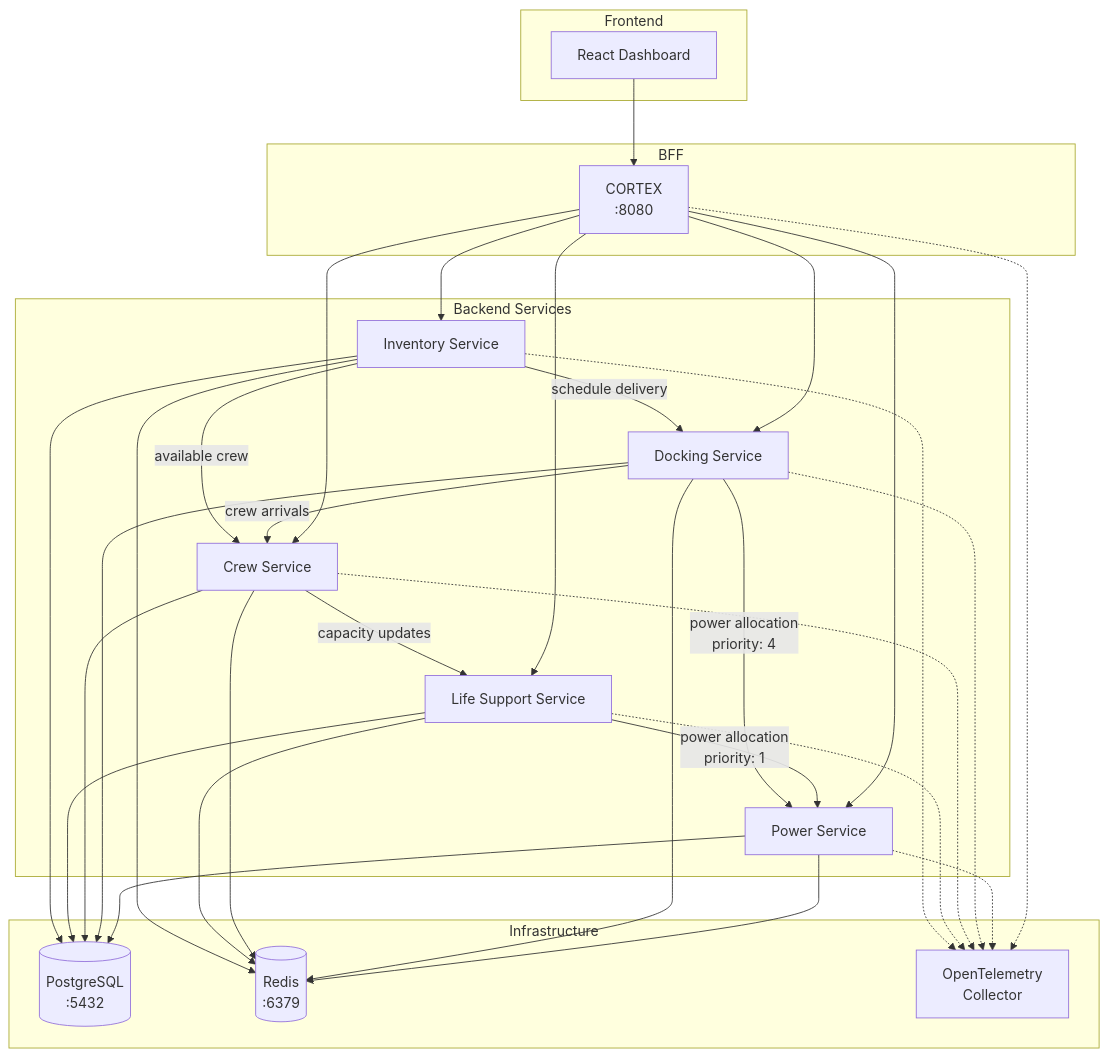
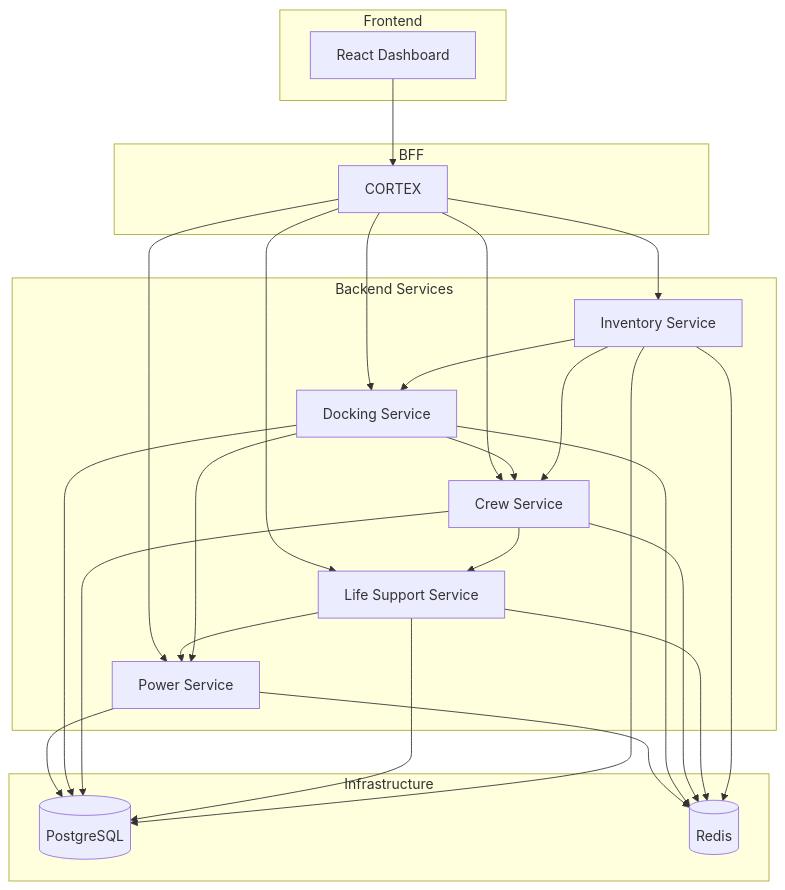
The diagram in README.md (MaxAnderson95/nexus), drawn with Mermaid before and after one commit.

Commit message:
update diagram

````diff
--- a/README.md
+++ b/README.md
@@ -36,58 +36,41 @@
 ```mermaid
 flowchart TB
     subgraph Frontend
         UI[React Dashboard]
     end
 
     subgraph BFF
-        CORTEX[CORTEX<br/>:8080]
+        CORTEX[CORTEX]
     end
 
     subgraph Backend Services
         POWER[Power Service]
         DOCKING[Docking Service]
         CREW[Crew Service]
         LIFE[Life Support Service]
         INVENTORY[Inventory Service]
     end
 
     subgraph Infrastructure
-        PG[(PostgreSQL<br/>:5432)]
-        REDIS[(Redis<br/>:6379)]
-        OTEL[OpenTelemetry<br/>Collector]
+        PG[(PostgreSQL)]
+        REDIS[(Redis)]
     end
 
     UI --> CORTEX
 
     CORTEX --> POWER
     CORTEX --> DOCKING
     CORTEX --> CREW
     CORTEX --> LIFE
     CORTEX --> INVENTORY
 
-    LIFE -->|power allocation<br/>priority: 1| POWER
-    DOCKING -->|power allocation<br/>priority: 4| POWER
-    DOCKING -->|crew arrivals| CREW
-    CREW -->|capacity updates| LIFE
-    INVENTORY -->|schedule delivery| DOCKING
-    INVENTORY -->|available crew| CREW
+    LIFE --> POWER
+    DOCKING --> POWER
+    DOCKING --> CREW
+    CREW --> LIFE
+    INVENTORY --> DOCKING
+    INVENTORY --> CREW
 
-    POWER --> PG
-    DOCKING --> PG
-    CREW --> PG
-    LIFE --> PG
-    INVENTORY --> PG
-
-    POWER --> REDIS
-    DOCKING --> REDIS
-    CREW --> REDIS
-    LIFE --> REDIS
-    INVENTORY --> REDIS
-
-    CORTEX -.-> OTEL
-    POWER -.-> OTEL
-    DOCKING -.-> OTEL
-    CREW -.-> OTEL
-    LIFE -.-> OTEL
-    INVENTORY -.-> OTEL
+    POWER & DOCKING & CREW & LIFE & INVENTORY --> PG
+    POWER & DOCKING & CREW & LIFE & INVENTORY --> REDIS
 ```
````
